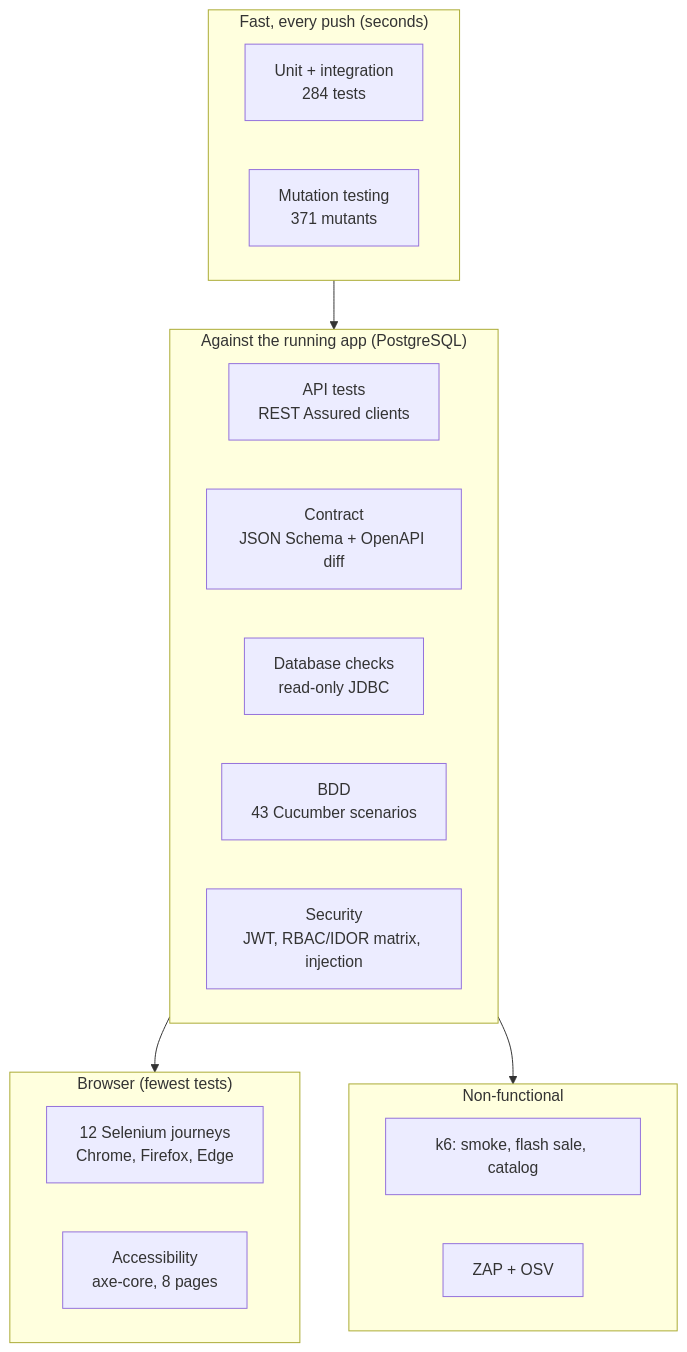
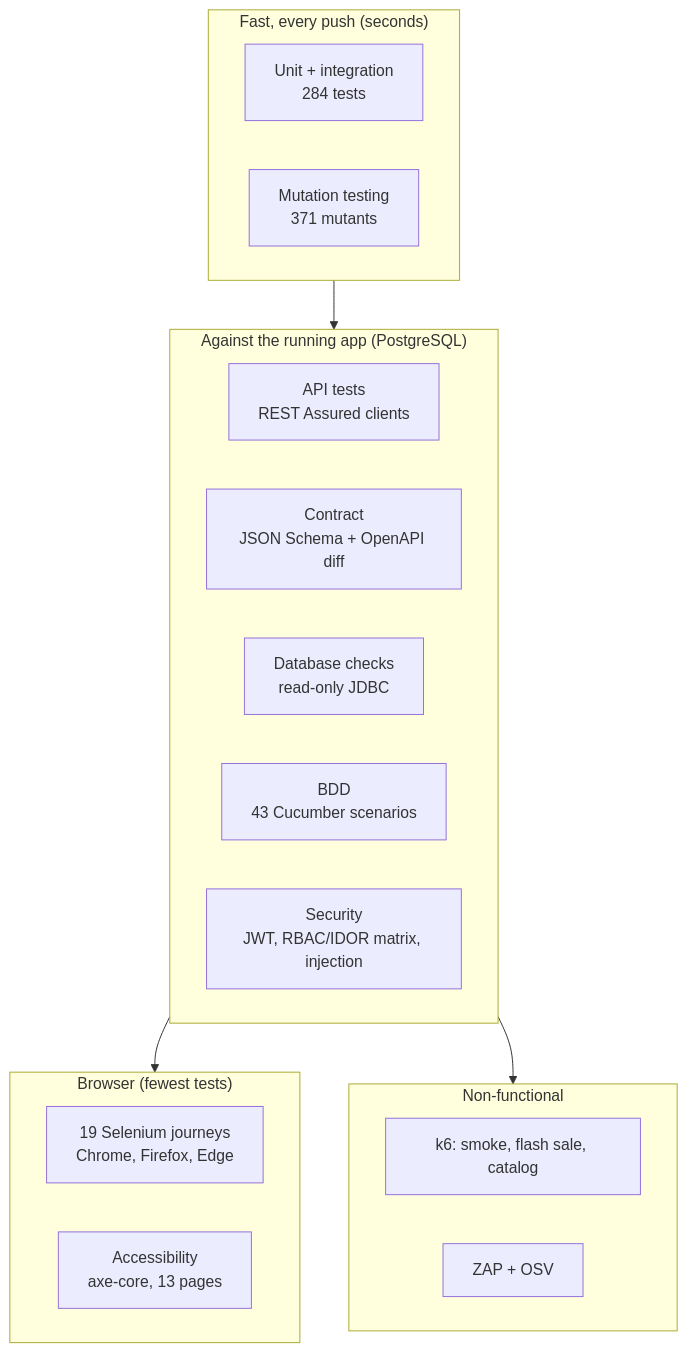
Before and after one commit to rbchy/RbcTcsWorld: the first of 2 diagrams in README.md, drawn with Mermaid. The commit also changed other lines of this file and 4 other files, not shown here.

````diff
--- a/README.md
+++ b/README.md
@@ -68,24 +68,24 @@
 ```mermaid
 flowchart TB
   subgraph fast["Fast, every push (seconds)"]
     U["Unit + integration<br/>284 tests"]
     M["Mutation testing<br/>371 mutants"]
   end
   subgraph service["Against the running app (PostgreSQL)"]
     A["API tests<br/>REST Assured clients"]
     C["Contract<br/>JSON Schema + OpenAPI diff"]
     D["Database checks<br/>read-only JDBC"]
     B["BDD<br/>43 Cucumber scenarios"]
     S["Security<br/>JWT, RBAC/IDOR matrix, injection"]
   end
   subgraph ui["Browser (fewest tests)"]
-    W["12 Selenium journeys<br/>Chrome, Firefox, Edge"]
-    X["Accessibility<br/>axe-core, 8 pages"]
+    W["19 Selenium journeys<br/>Chrome, Firefox, Edge"]
+    X["Accessibility<br/>axe-core, 13 pages"]
   end
   subgraph nonfunc["Non-functional"]
     K["k6: smoke, flash sale, catalog"]
     Z["ZAP + OSV"]
   end
   fast --> service --> ui
   service --> nonfunc
 ```
````
